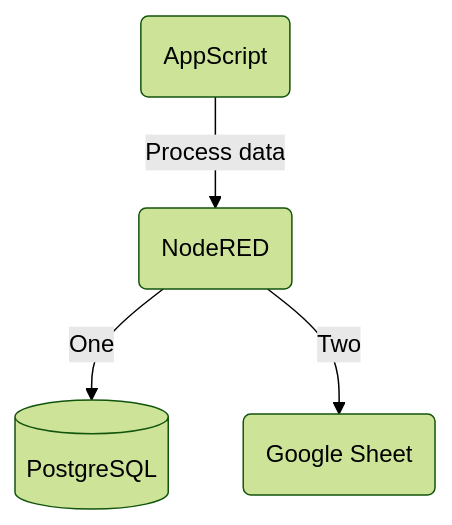
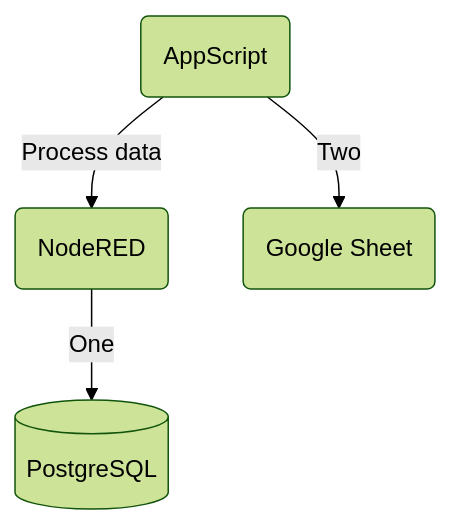
One commit to jonss0777/DIY_Sensor changed the second of 2 diagrams in README.md. Above: the diagram before and after it, drawn with Mermaid (forest theme).

````diff
--- a/README.md
+++ b/README.md
@@ -18,6 +18,7 @@
 ```mermaid
 graph TD;
-  id1(AppScript) --> |Process data|id2(NodeRED);   
+  id1(AppScript) --> |Process data|id2(NodeRED);
+  id1 --> |Two|id4(Google Sheet);
   id2 --> |One|id3[(PostgreSQL)];
-  id2 --> |Two|id4(Google Sheet);
+  
 ```
````
